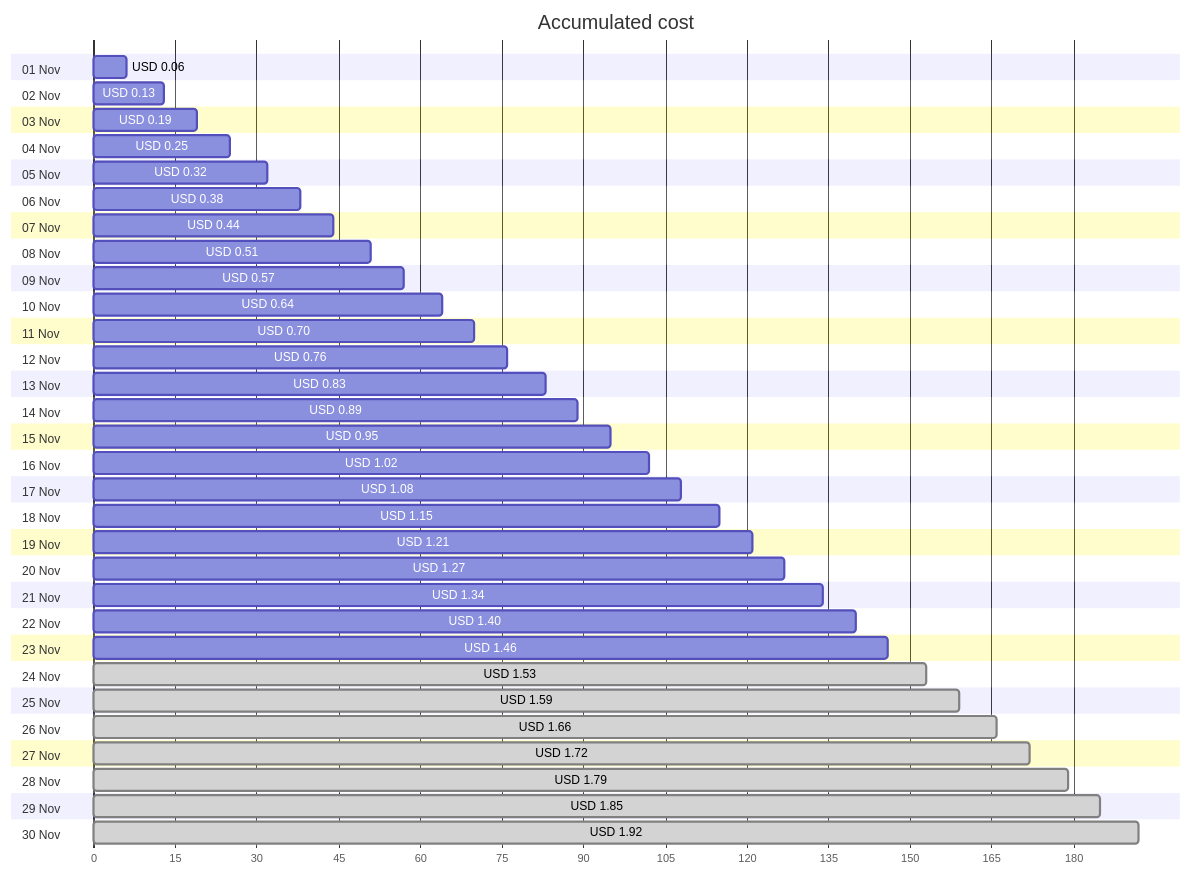
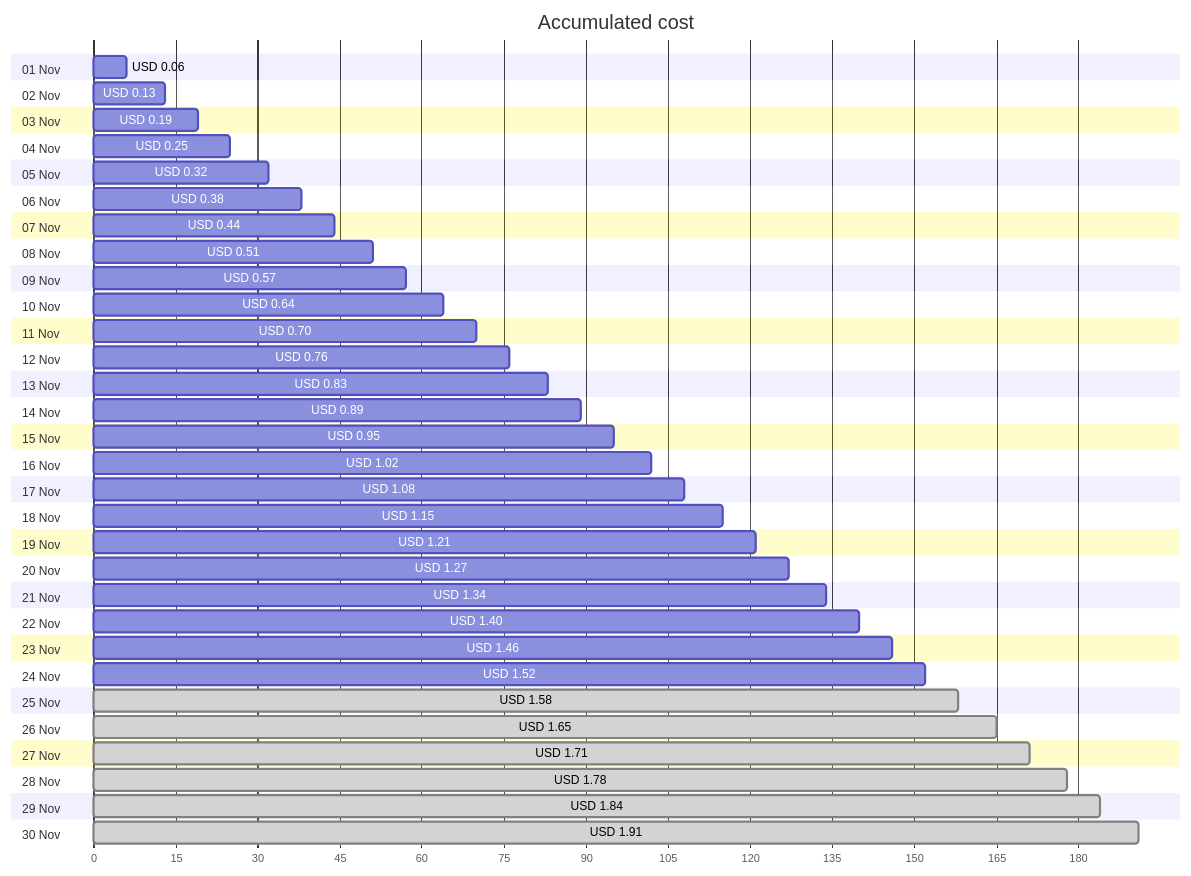
One commit to jpfulton/azure-personal-reports changed the first of 4 diagrams in cost-reports/personal-network/vpn-server_OsDisk.md. Above: the diagram before and after it, drawn with Mermaid. The commit also changed other lines of this file and 8 other files, not shown here.

````diff
--- a/cost-reports/personal-network/vpn-server_OsDisk.md
+++ b/cost-reports/personal-network/vpn-server_OsDisk.md
@@ -20,66 +20,66 @@
 ```mermaid
 gantt
    title Accumulated cost
    dateFormat  X
    axisFormat %s
    section 01 Nov
    USD 0.06 :0, 6
    section 02 Nov
    USD 0.13 :0, 13
    section 03 Nov
    USD 0.19 :0, 19
    section 04 Nov
    USD 0.25 :0, 25
    section 05 Nov
    USD 0.32 :0, 32
    section 06 Nov
    USD 0.38 :0, 38
    section 07 Nov
    USD 0.44 :0, 44
    section 08 Nov
    USD 0.51 :0, 51
    section 09 Nov
    USD 0.57 :0, 57
    section 10 Nov
    USD 0.64 :0, 64
    section 11 Nov
    USD 0.70 :0, 70
    section 12 Nov
    USD 0.76 :0, 76
    section 13 Nov
    USD 0.83 :0, 83
    section 14 Nov
    USD 0.89 :0, 89
    section 15 Nov
    USD 0.95 :0, 95
    section 16 Nov
    USD 1.02 :0, 102
    section 17 Nov
    USD 1.08 :0, 108
    section 18 Nov
    USD 1.15 :0, 115
    section 19 Nov
    USD 1.21 :0, 121
    section 20 Nov
    USD 1.27 :0, 127
    section 21 Nov
    USD 1.34 :0, 134
    section 22 Nov
    USD 1.40 :0, 140
    section 23 Nov
    USD 1.46 :0, 146
    section 24 Nov
-   USD 1.53 : done, 0, 153
+   USD 1.52 :0, 152
    section 25 Nov
-   USD 1.59 : done, 0, 159
+   USD 1.58 : done, 0, 158
    section 26 Nov
-   USD 1.66 : done, 0, 166
+   USD 1.65 : done, 0, 165
    section 27 Nov
-   USD 1.72 : done, 0, 172
+   USD 1.71 : done, 0, 171
    section 28 Nov
-   USD 1.79 : done, 0, 179
+   USD 1.78 : done, 0, 178
    section 29 Nov
-   USD 1.85 : done, 0, 185
+   USD 1.84 : done, 0, 184
    section 30 Nov
-   USD 1.92 : done, 0, 192
+   USD 1.91 : done, 0, 191
 ```
````
